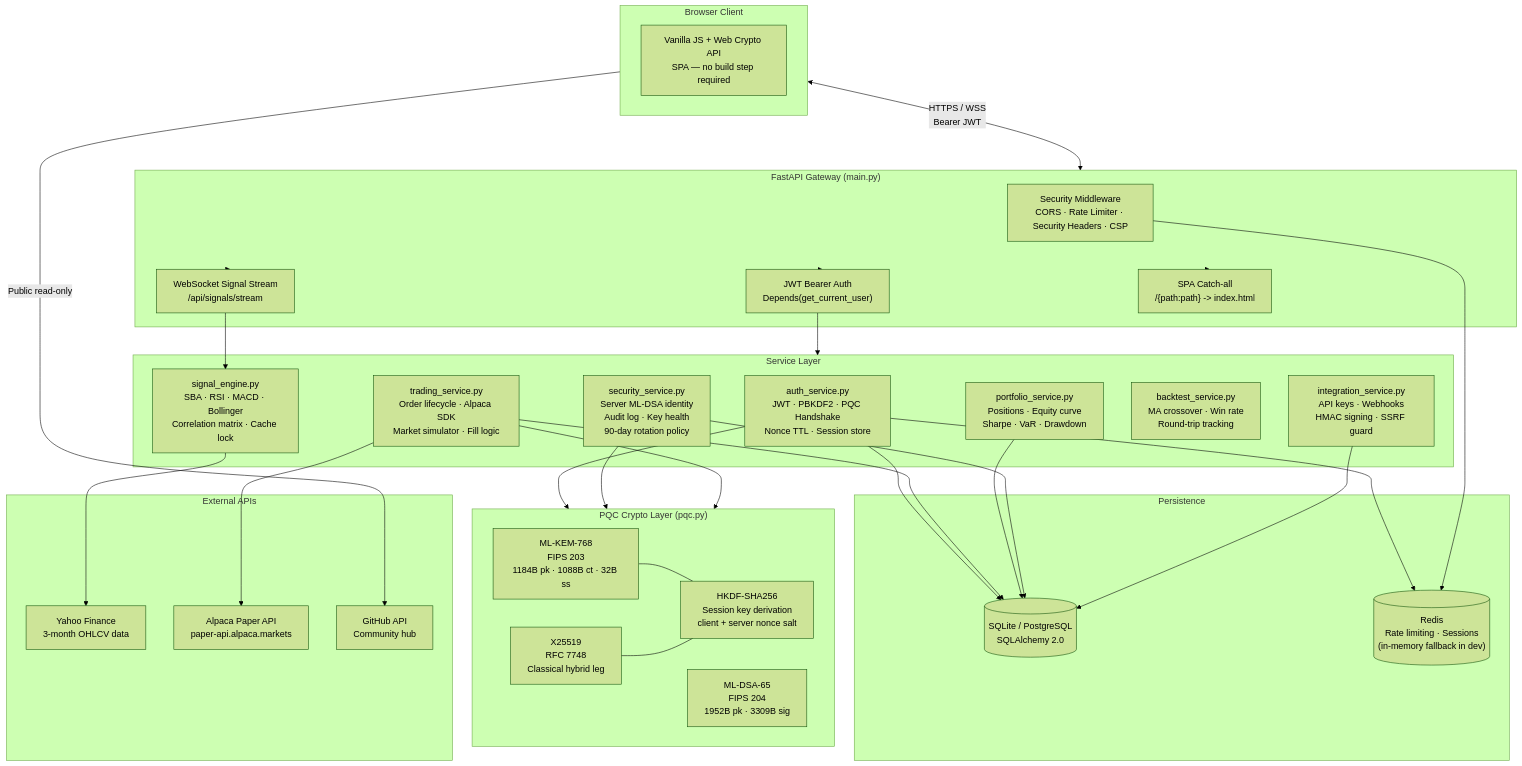
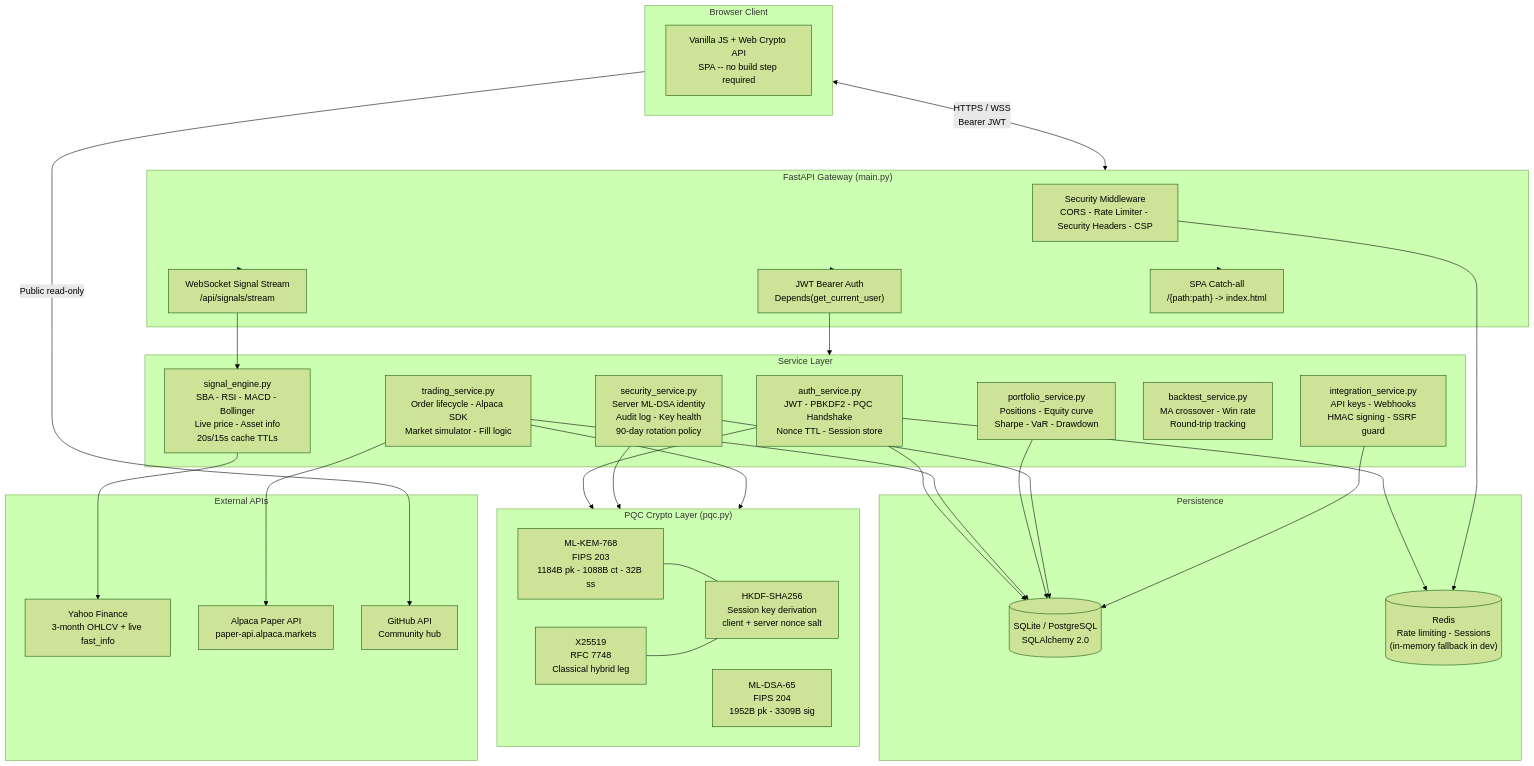
The first of 5 diagrams in README.md (BugHunterX2101/quantumsentinel-web), drawn with Mermaid (forest theme) before and after one commit. The commit also changed other lines of this file, not shown here.

````diff
--- a/README.md
+++ b/README.md
@@ -67,66 +70,66 @@
 ```mermaid
 flowchart TB
     subgraph Client["Browser Client"]
-        FE["Vanilla JS + Web Crypto API<br/>SPA — no build step required"]
+        FE["Vanilla JS + Web Crypto API<br/>SPA -- no build step required"]
     end
 
     subgraph Gateway["FastAPI Gateway (main.py)"]
-        MW["Security Middleware<br/>CORS · Rate Limiter · Security Headers · CSP"]
+        MW["Security Middleware<br/>CORS - Rate Limiter - Security Headers - CSP"]
         AUTH_MW["JWT Bearer Auth<br/>Depends(get_current_user)"]
         WS["WebSocket Signal Stream<br/>/api/signals/stream"]
         SPA["SPA Catch-all<br/>/{path:path} -> index.html"]
     end
 
     subgraph Services["Service Layer"]
-        AUTH["auth_service.py<br/>JWT · PBKDF2 · PQC Handshake<br/>Nonce TTL · Session store"]
-        SIG["signal_engine.py<br/>SBA · RSI · MACD · Bollinger<br/>Correlation matrix · Cache lock"]
-        TRADE["trading_service.py<br/>Order lifecycle · Alpaca SDK<br/>Market simulator · Fill logic"]
-        PORT["portfolio_service.py<br/>Positions · Equity curve<br/>Sharpe · VaR · Drawdown"]
-        SEC["security_service.py<br/>Server ML-DSA identity<br/>Audit log · Key health<br/>90-day rotation policy"]
-        BACK["backtest_service.py<br/>MA crossover · Win rate<br/>Round-trip tracking"]
-        INTG["integration_service.py<br/>API keys · Webhooks<br/>HMAC signing · SSRF guard"]
+        AUTH["auth_service.py<br/>JWT - PBKDF2 - PQC Handshake<br/>Nonce TTL - Session store"]
+        SIG["signal_engine.py<br/>SBA - RSI - MACD - Bollinger<br/>Live price - Asset info<br/>20s/15s cache TTLs"]
+        TRADE["trading_service.py<br/>Order lifecycle - Alpaca SDK<br/>Market simulator - Fill logic"]
+        PORT["portfolio_service.py<br/>Positions - Equity curve<br/>Sharpe - VaR - Drawdown"]
+        SEC["security_service.py<br/>Server ML-DSA identity<br/>Audit log - Key health<br/>90-day rotation policy"]
+        BACK["backtest_service.py<br/>MA crossover - Win rate<br/>Round-trip tracking"]
+        INTG["integration_service.py<br/>API keys - Webhooks<br/>HMAC signing - SSRF guard"]
     end
 
     subgraph Crypto["PQC Crypto Layer (pqc.py)"]
-        KEM["ML-KEM-768<br/>FIPS 203<br/>1184B pk · 1088B ct · 32B ss"]
-        DSA["ML-DSA-65<br/>FIPS 204<br/>1952B pk · 3309B sig"]
+        KEM["ML-KEM-768<br/>FIPS 203<br/>1184B pk - 1088B ct - 32B ss"]
+        DSA["ML-DSA-65<br/>FIPS 204<br/>1952B pk - 3309B sig"]
         X25519["X25519<br/>RFC 7748<br/>Classical hybrid leg"]
         HKDF["HKDF-SHA256<br/>Session key derivation<br/>client + server nonce salt"]
     end
 
     subgraph Persistence["Persistence"]
         DB[("SQLite / PostgreSQL<br/>SQLAlchemy 2.0")]
-        REDIS[("Redis<br/>Rate limiting · Sessions<br/>(in-memory fallback in dev)")]
+        REDIS[("Redis<br/>Rate limiting - Sessions<br/>(in-memory fallback in dev)")]
     end
 
     subgraph External["External APIs"]
-        YF["Yahoo Finance<br/>3-month OHLCV data"]
+        YF["Yahoo Finance<br/>3-month OHLCV + live fast_info"]
         ALPACA["Alpaca Paper API<br/>paper-api.alpaca.markets"]
         GH["GitHub API<br/>Community hub"]
     end
 
     Client <-->|"HTTPS / WSS<br/>Bearer JWT"| Gateway
     Gateway --> AUTH_MW --> Services
     Gateway --> WS --> SIG
     Gateway --> SPA
 
     AUTH --> Crypto
     SEC --> Crypto
     TRADE --> Crypto
 
     AUTH --> DB
     TRADE --> DB
     PORT --> DB
     SEC --> DB
     INTG --> DB
 
     AUTH --> REDIS
     MW --> REDIS
 
     SIG --> YF
     TRADE --> ALPACA
     Client -->|"Public read-only"| GH
 
     KEM --- HKDF
     X25519 --- HKDF
 ```
````
